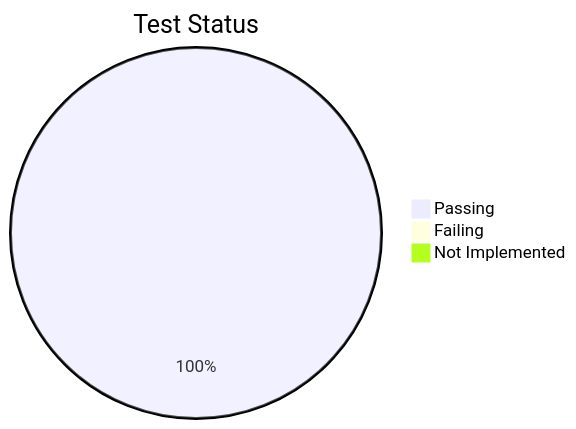
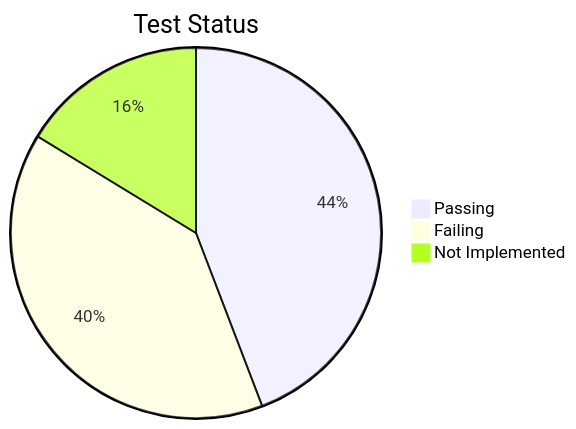
The second of 3 diagrams in TODO.md (jhashemi/marketads.dataform), drawn with Mermaid before and after one commit. The commit also changed other lines of this file and 6 other files, not shown here.

````diff
--- a/TODO.md
+++ b/TODO.md
@@ -45,6 +41,6 @@
 ```mermaid
 pie title Test Status
-    "Passing" : 43
-    "Failing" : 0
-    "Not Implemented" : 0
+    "Passing" : 19
+    "Failing" : 17
+    "Not Implemented" : 7
 ```
````
